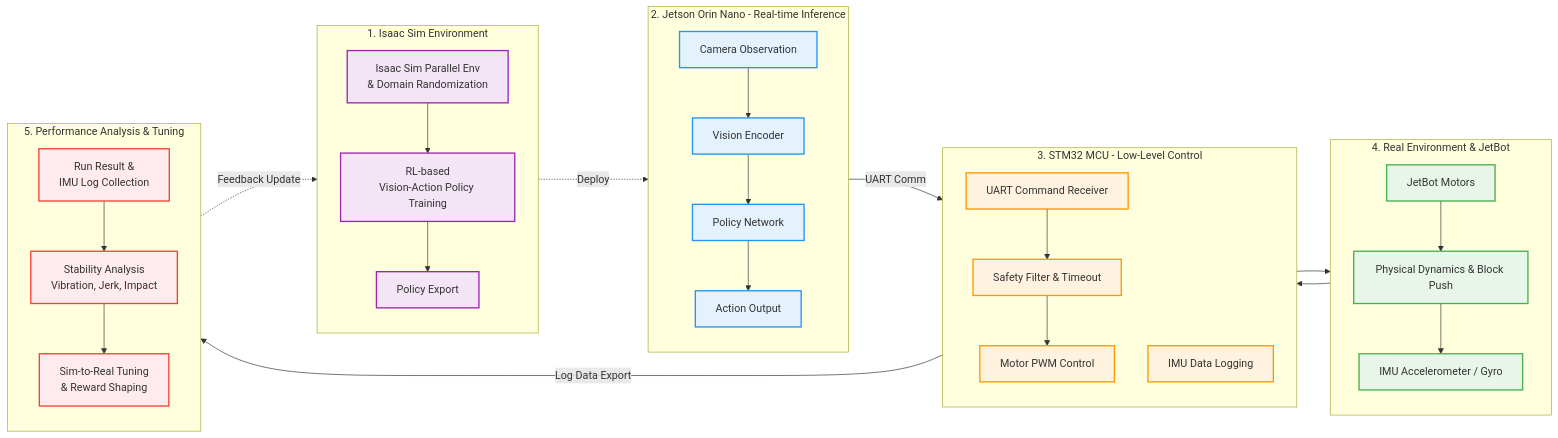
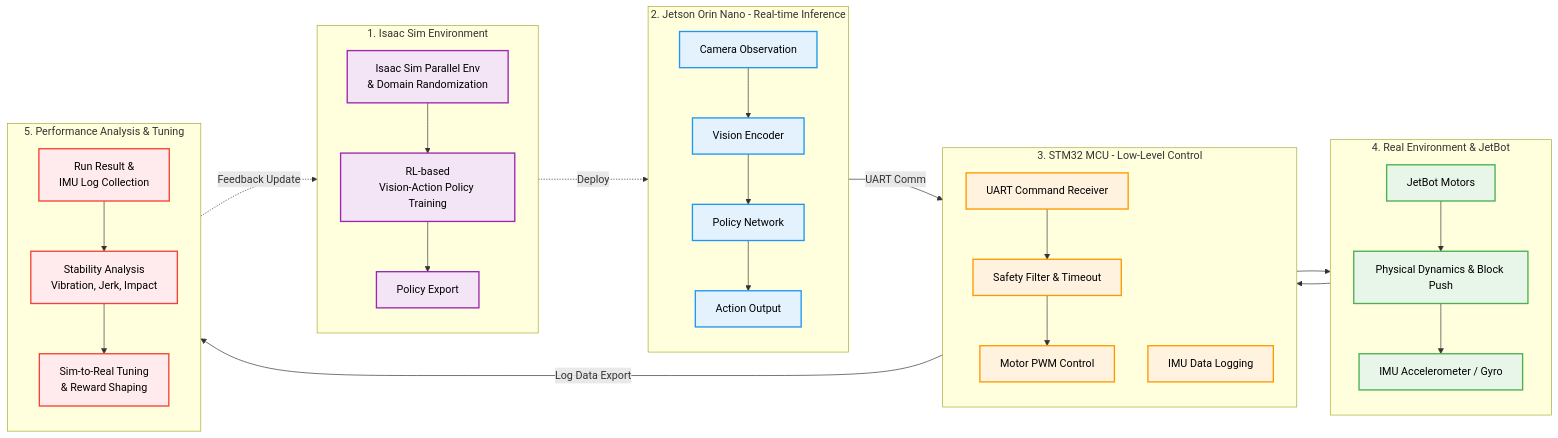
One commit to pooh386/capstone_project changed the first of 2 diagrams in docs/착수보고서/JetBot_Vision_Action_착수보고서.md. Above: the diagram before and after it, drawn with Mermaid. The commit also changed other lines of this file, not shown here.

Commit message:
Update JetBot_Vision_Action_착수보고서.md
3.1 전체 워크플로우 최종 수정

````diff
--- a/docs/착수보고서/JetBot_Vision_Action_착수보고서.md
+++ b/docs/착수보고서/JetBot_Vision_Action_착수보고서.md
@@ -94,73 +94,74 @@
 ```mermaid
 graph LR
     subgraph Training_Sim [1. Isaac Sim Environment]
         direction TB
         Sim_Env[Isaac Sim Parallel Env<br/>& Domain Randomization]
         RL_Train[RL-based<br/>Vision-Action Policy Training]
         Policy_Export[Policy Export]
         
         Sim_Env --> RL_Train
         RL_Train --> Policy_Export
     end
 
     subgraph Inference_Jetson [2. Jetson Orin Nano - Real-time Inference]
         direction TB
         Camera[Camera Observation]
         Vision_Enc[Vision Encoder]
         Policy_Net[Policy Network]
         Action_Out[Action Output]
         
         Policy_Export -.->|Deploy| Policy_Net
         Camera --> Vision_Enc
         Vision_Enc --> Policy_Net
         Policy_Net --> Action_Out
     end
 
     subgraph Control_STM32 [3. STM32 MCU - Low-Level Control]
         direction TB
         UART_Rx[UART Command Receiver]
         Safety[Safety Filter & Timeout]
         PWM_Ctrl[Motor PWM Control]
         IMU_Log[IMU Data Logging]
         
         Action_Out -- UART Comm --> UART_Rx
         UART_Rx --> Safety
         Safety --> PWM_Ctrl
     end
 
     subgraph Physical_Env [4. Real Environment & JetBot]
         direction TB
         Motors[JetBot Motors]
         Dynamics[Physical Dynamics & Block Push]
         Sensors[IMU Accelerometer / Gyro]
         
         PWM_Ctrl --> Motors
         Motors --> Dynamics
         Dynamics --> Sensors
         Sensors --> IMU_Log
     end
 
     subgraph Stability_Eval [5. Performance Analysis & Tuning]
         direction TB
         Run_Result[Run Result &<br/>IMU Log Collection]
         Stability_Analys[Stability Analysis<br/>Vibration, Jerk, Impact]
         Reward_Tune[Sim-to-Real Tuning<br/>& Reward Shaping]
         
         IMU_Log -- Log Data Export --> Run_Result
         Run_Result --> Stability_Analys
         Stability_Analys --> Reward_Tune
         Reward_Tune -.->|Feedback Update| Sim_Env
     end
 
-    classDef sim fill:#f3e5f5,stroke:#9c27b0,stroke-width:2px;
-    classDef jetson fill:#e3f2fd,stroke:#2196f3,stroke-width:2px;
-    classDef stm fill:#fff3e0,stroke:#ff9800,stroke-width:2px;
-    classDef phy fill:#e8f5e9,stroke:#4caf50,stroke-width:2px;
-    classDef eval fill:#ffebee,stroke:#f44336,stroke-width:2px;
+    %% 여기에 color:#000000 속성을 추가하여 글씨를 검정색으로 고정했습니다.
+    classDef sim fill:#f3e5f5,stroke:#9c27b0,stroke-width:2px,color:#000000;
+    classDef jetson fill:#e3f2fd,stroke:#2196f3,stroke-width:2px,color:#000000;
+    classDef stm fill:#fff3e0,stroke:#ff9800,stroke-width:2px,color:#000000;
+    classDef phy fill:#e8f5e9,stroke:#4caf50,stroke-width:2px,color:#000000;
+    classDef eval fill:#ffebee,stroke:#f44336,stroke-width:2px,color:#000000;
     
     class Sim_Env,RL_Train,Policy_Export sim;
     class Camera,Vision_Enc,Policy_Net,Action_Out jetson;
     class UART_Rx,Safety,PWM_Ctrl,IMU_Log stm;
     class Motors,Dynamics,Sensors phy;
     class Run_Result,Stability_Analys,Reward_Tune eval;
 ```
````
